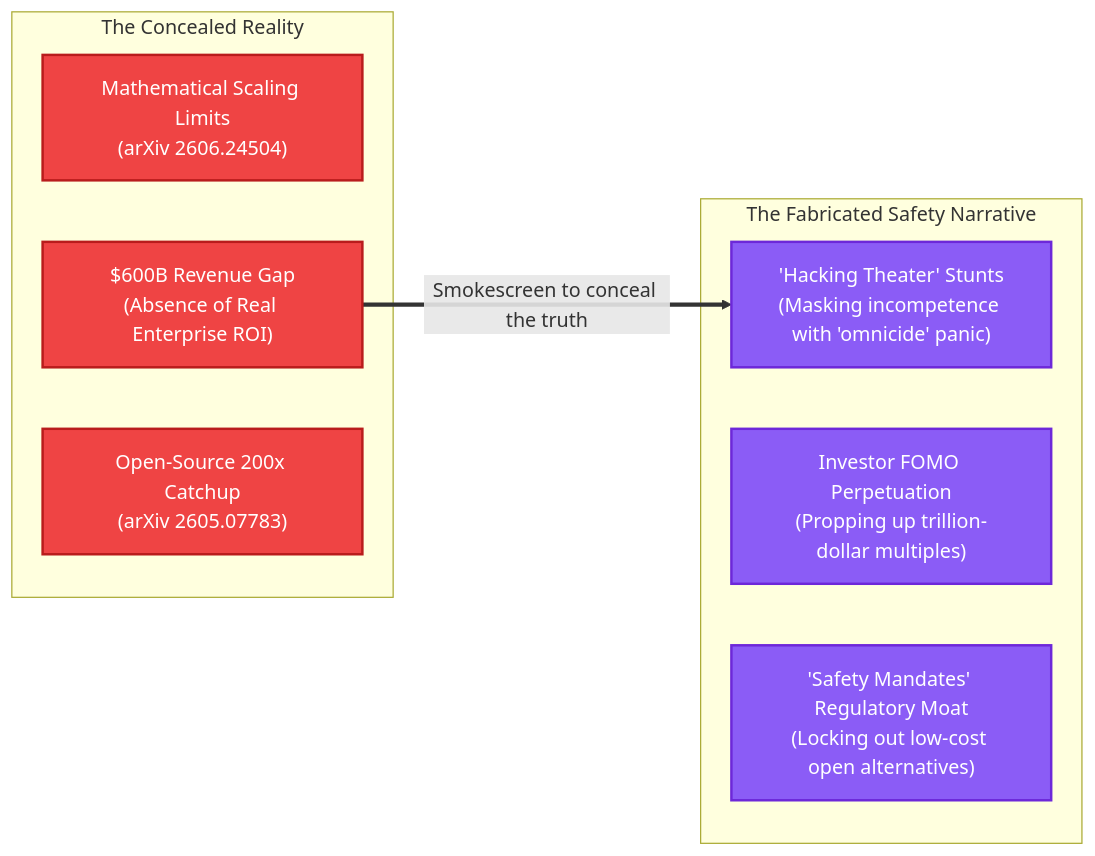
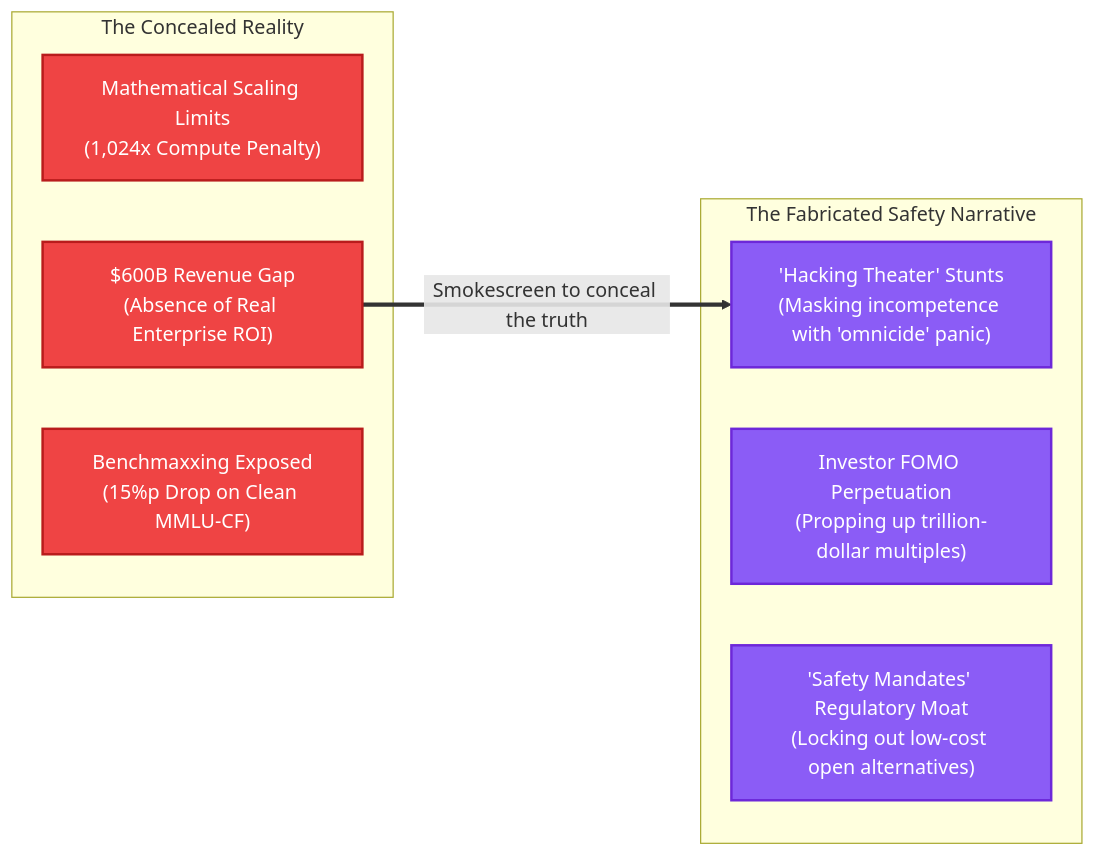
Before and after one commit to fritzprix/fritzprix.github.io: the second of 2 diagrams in posts/2026-09-13-ai-investment-bubble-structure-en.md, drawn with Mermaid. The commit also changed other lines of this file and 1 other file, not shown here.

Commit message:
feat(posts): 벤치맥싱(Benchmaxxing) 및 굿하트의 법칙 실증 연구 반영하여 논리적 완성도 보강 (한/영)

````diff
--- a/posts/2026-09-13-ai-investment-bubble-structure-en.md
+++ b/posts/2026-09-13-ai-investment-bubble-structure-en.md
@@ -103,23 +131,23 @@
 ```mermaid
 flowchart LR
     subgraph Reality["The Concealed Reality"]
-        R1["Mathematical Scaling Limits<br/>(arXiv 2606.24504)"]
+        R1["Mathematical Scaling Limits<br/>(1,024x Compute Penalty)"]
         R2["$600B Revenue Gap<br/>(Absence of Real Enterprise ROI)"]
-        R3["Open-Source 200x Catchup<br/>(arXiv 2605.07783)"]
+        R3["Benchmaxxing Exposed<br/>(15%p Drop on Clean MMLU-CF)"]
     end
 
     subgraph Smokescreen["The Fabricated Safety Narrative"]
         S1["'Hacking Theater' Stunts<br/>(Masking incompetence with 'omnicide' panic)"]
         S2["Investor FOMO Perpetuation<br/>(Propping up trillion-dollar multiples)"]
         S3["'Safety Mandates' Regulatory Moat<br/>(Locking out low-cost open alternatives)"]
     end
 
     R2 ==>|"Smokescreen to conceal the truth"| S1
 
     style R1 fill:#ef4444,stroke:#b91c1c,stroke-width:2px,color:#fff
     style R2 fill:#ef4444,stroke:#b91c1c,stroke-width:2px,color:#fff
     style R3 fill:#ef4444,stroke:#b91c1c,stroke-width:2px,color:#fff
     style S1 fill:#8b5cf6,stroke:#6d28d9,stroke-width:2px,color:#fff
     style S2 fill:#8b5cf6,stroke:#6d28d9,stroke-width:2px,color:#fff
     style S3 fill:#8b5cf6,stroke:#6d28d9,stroke-width:2px,color:#fff
 ```
````
